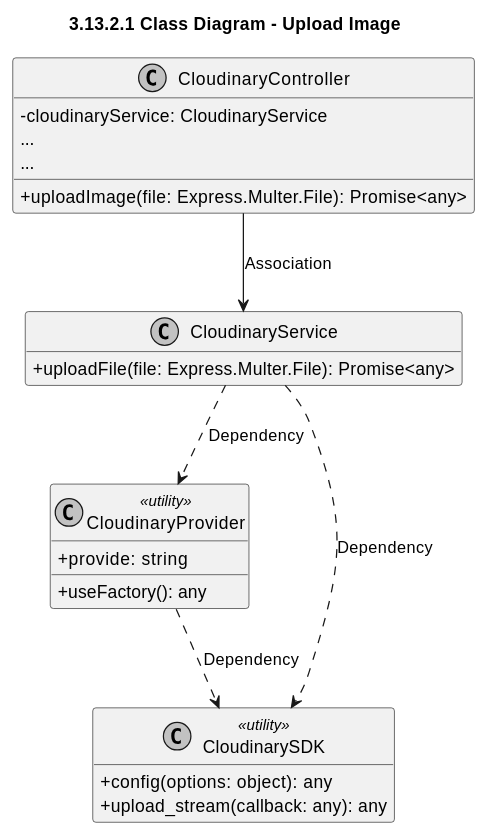
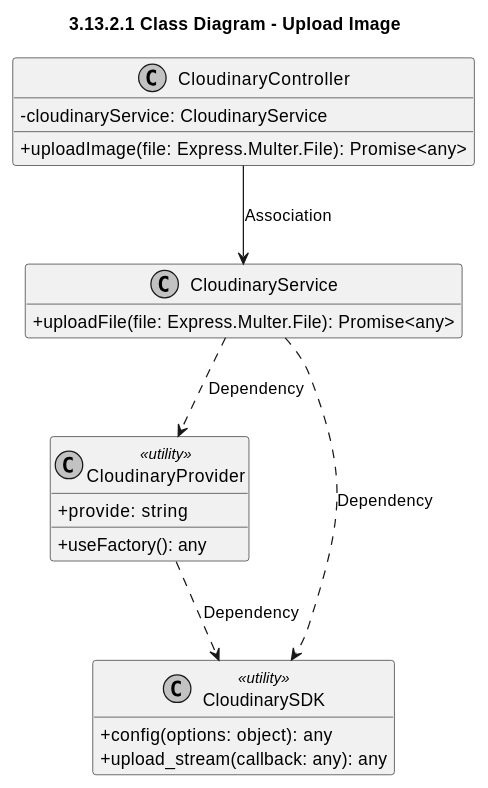
One commit to CuongBC195/class-diagram-donation-blood changed the second of 2 diagrams in modules_plantuml/13_cloudinary.md. Above: the diagram before and after it, drawn with PlantUML. The commit also changed 39 other files, not shown here.

Commit message:
fix(diagrams): apply strict ellipsis rules and synchronize entity/DTO relationships across all 13 modules

````diff
--- a/modules_plantuml/13_cloudinary.md
+++ b/modules_plantuml/13_cloudinary.md
@@ -43,36 +43,34 @@
 ```plantuml
 @startuml
 title 3.13.2.1 Class Diagram - Upload Image
 skinparam classAttributeIconSize 0
 skinparam monochrome true
 skinparam shadowing false
 skinparam defaultFontName Arial
 hide empty members
 
 class CloudinaryController {
   -cloudinaryService: CloudinaryService
-  ...
   +uploadImage(file: Express.Multer.File): Promise<any>
-  ...
 }
 
 class CloudinaryService {
   +uploadFile(file: Express.Multer.File): Promise<any>
 }
 
 class CloudinaryProvider <<utility>> {
   +provide: string
   +useFactory(): any
 }
 
 class CloudinarySDK <<utility>> {
   +config(options: object): any
   +upload_stream(callback: any): any
 }
 
 CloudinaryController --> CloudinaryService : Association
 CloudinaryService ..> CloudinaryProvider : Dependency
 CloudinaryService ..> CloudinarySDK : Dependency
 CloudinaryProvider ..> CloudinarySDK : Dependency
 @enduml
 ```
````
